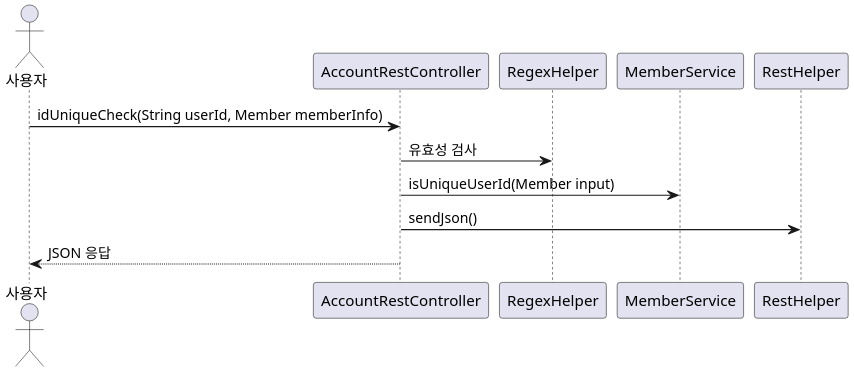
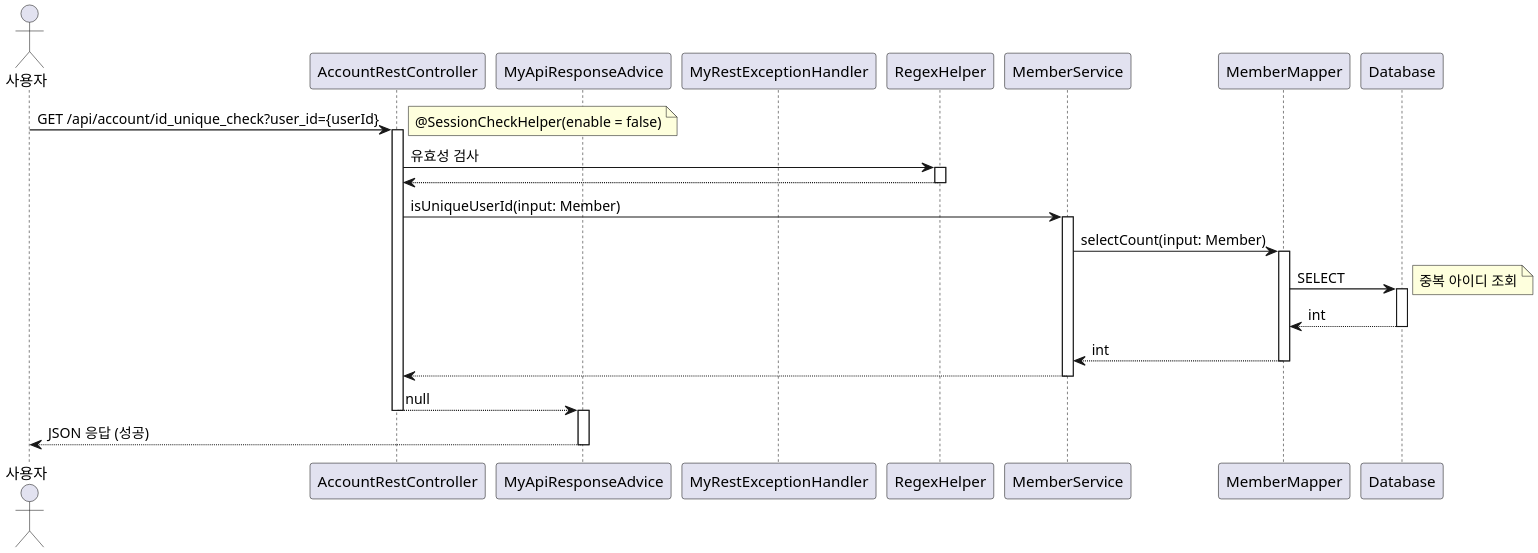
The diagram in uml/AccountRestController/idUniqueCheck_Sequence.puml (leekh4232/study-myshop), drawn with PlantUML before and after one commit. The commit also changed 144 other files, not shown here.

```diff
--- a/uml/AccountRestController/idUniqueCheck_Sequence.puml
+++ b/uml/AccountRestController/idUniqueCheck_Sequence.puml
@@ -1,14 +1,42 @@
 @startuml
 skinparam dpi 200
-actor 사용자
+
+actor Actor as "사용자"
 participant AccountRestController
+participant MyApiResponseAdvice
+participant MyRestExceptionHandler
 participant RegexHelper
 participant MemberService
-participant RestHelper
+participant MemberMapper
+participant Database
 
-사용자 -> AccountRestController : idUniqueCheck(String userId, Member memberInfo)
-AccountRestController -> RegexHelper : 유효성 검사
-AccountRestController -> MemberService : isUniqueUserId(Member input)
-AccountRestController -> RestHelper : sendJson()
-AccountRestController --> 사용자 : JSON 응답
+Actor -> AccountRestController: GET /api/account/id_unique_check?user_id={userId}
+activate AccountRestController
+note right: @SessionCheckHelper(enable = false)
+
+AccountRestController -> RegexHelper: 유효성 검사
+activate RegexHelper
+RegexHelper --> AccountRestController
+deactivate RegexHelper
+
+AccountRestController -> MemberService: isUniqueUserId(input: Member)
+activate MemberService
+MemberService -> MemberMapper: selectCount(input: Member)
+activate MemberMapper
+MemberMapper -> Database: SELECT
+activate Database
+note right: 중복 아이디 조회
+Database --> MemberMapper: int
+deactivate Database
+MemberMapper --> MemberService: int
+deactivate MemberMapper
+MemberService --> AccountRestController
+deactivate MemberService
+
+AccountRestController --> MyApiResponseAdvice: null
+deactivate AccountRestController
+activate MyApiResponseAdvice
+MyApiResponseAdvice --> Actor: JSON 응답 (성공)
+deactivate MyApiResponseAdvice
+
 @enduml
```
